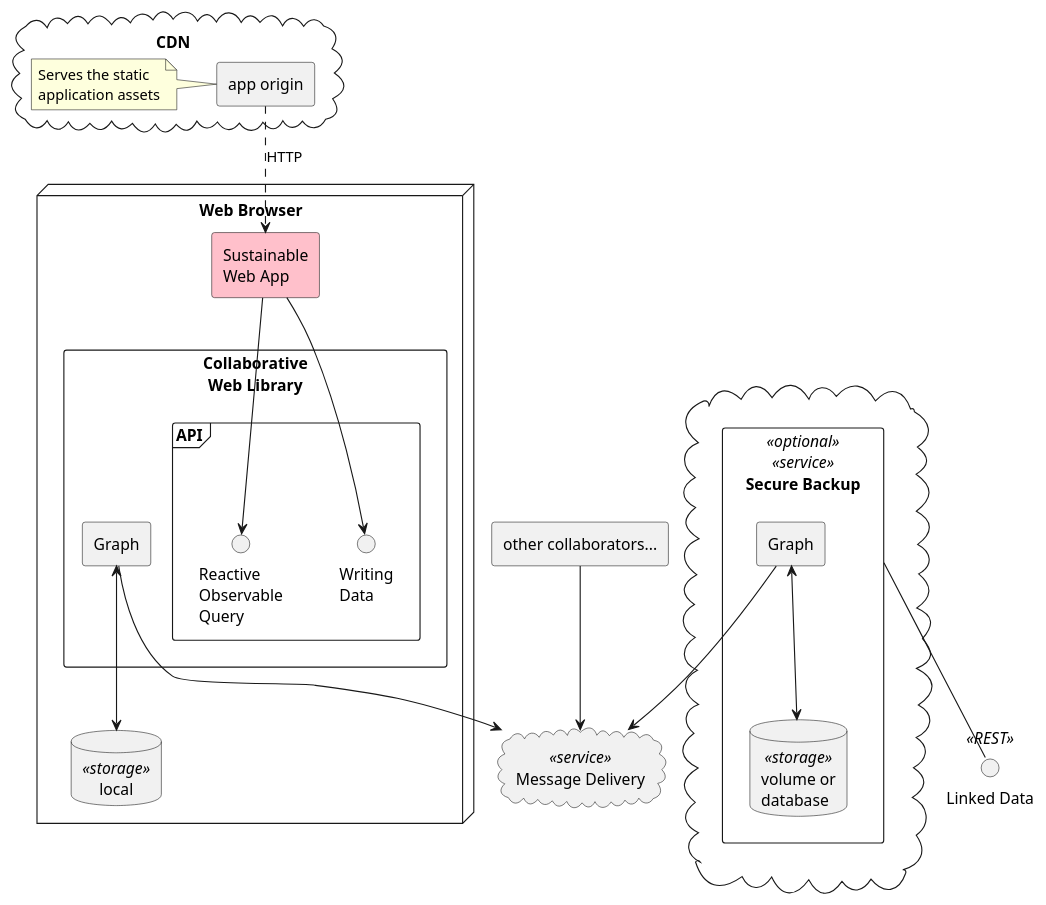
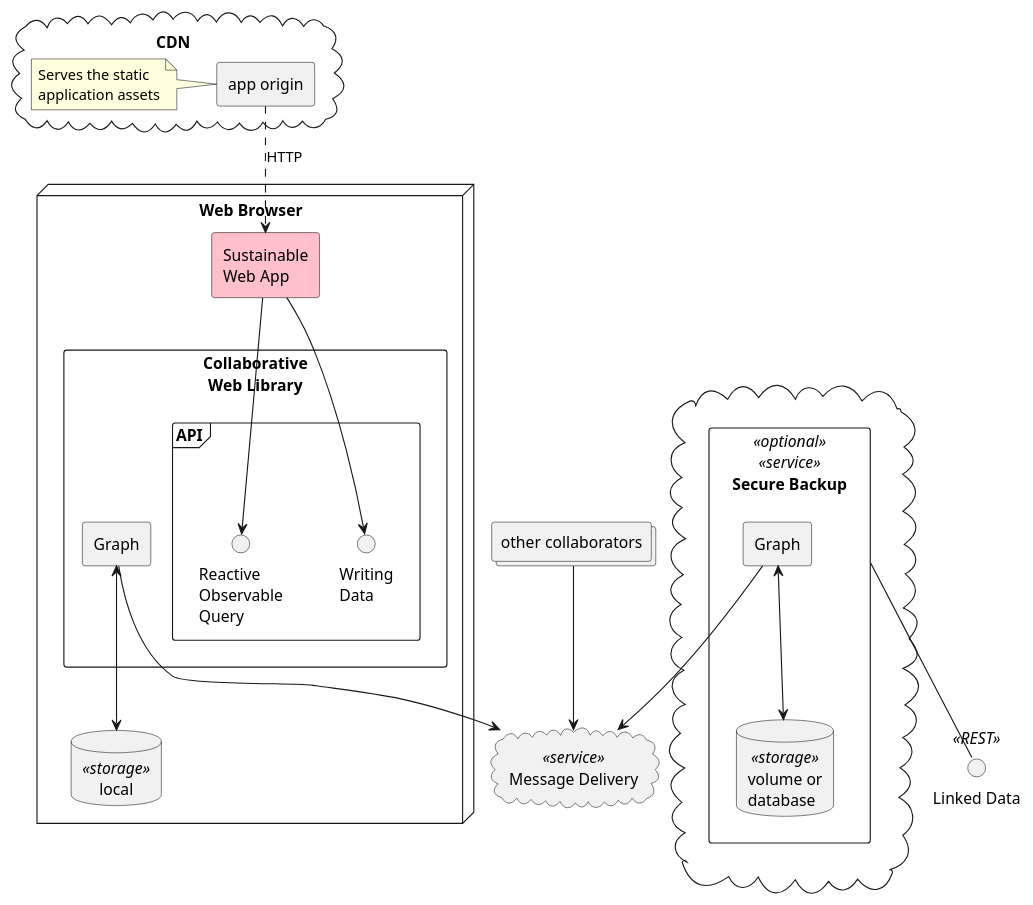
Before and after one commit to m-ld/sustainable-web-apps: the diagram in spec/design/architecture.component.puml, drawn with PlantUML. The commit also changed 6 other files, not shown here.

```diff
--- a/spec/design/architecture.component.puml
+++ b/spec/design/architecture.component.puml
@@ -1,52 +1,52 @@
 @startuml
 'https://plantuml.com/component-diagram
 skinparam componentStyle rectangle
 
 node "Web Browser" {
   component "Sustainable\nWeb App" as app #pink
   component "Collaborative\nWeb Library" as cwl {
     [Graph]
     frame API {
       interface "Reactive\nObservable\nQuery" as query
       interface "Writing\nData" as data
     }
   }
 
   database local <<storage>>
 
   Graph <--> local
 
   app --> query
   app --> data
 }
 
 cloud CDN {
   [app origin] as origin
   note left
     Serves the static
     application assets
   end note
 }
 
 cloud "Message Delivery" as messaging <<service>>
 
 interface "Linked Data" as dapi <<REST>>
 
 cloud {
   component "Secure Backup" as backup <<optional>> <<service>> {
     component "Graph" as gwGraph
     database "volume or\ndatabase" <<storage>> as gwDb
     gwGraph <--> gwDb
   }
   backup -- dapi
 }
 
-[other collaborators...] as others
+collections "other collaborators" as others
 
 Graph --> messaging
 gwGraph --> messaging
 others --> messaging
 
 origin ..> app: HTTP
 
 @enduml
```
